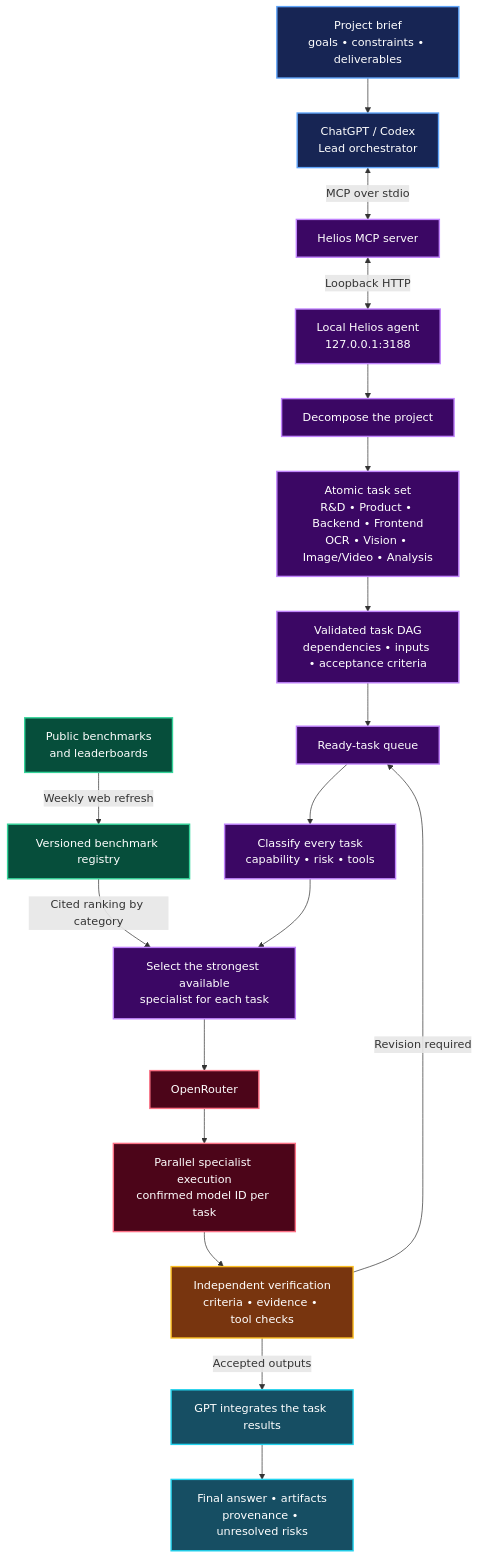
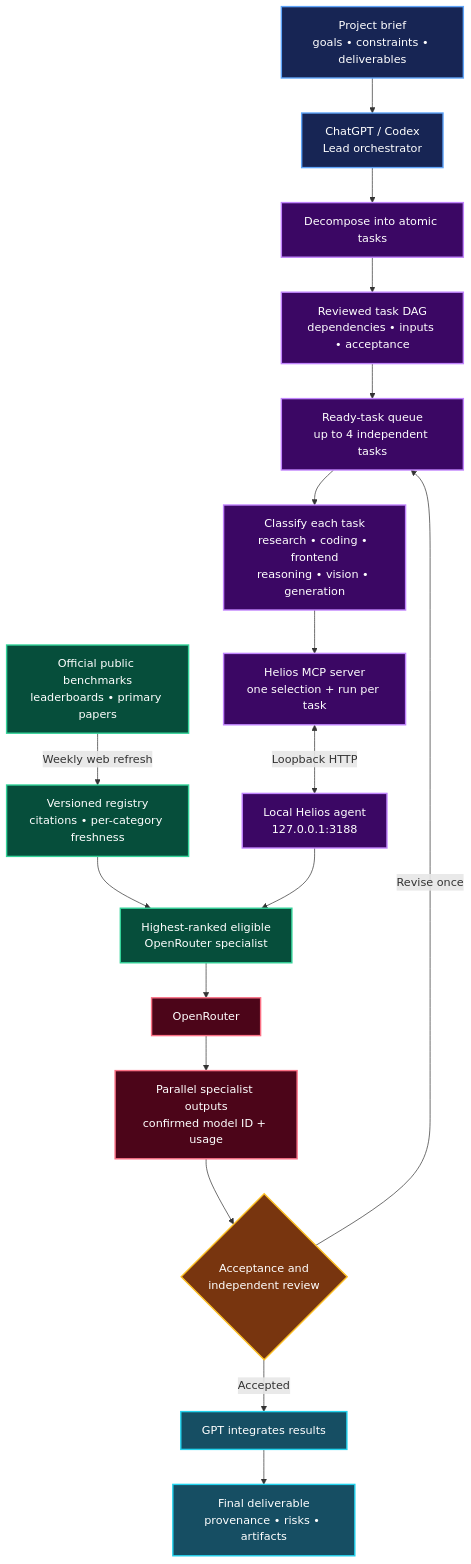
The diagram in README.md (Erfouni/helios-llm-orchestrator), drawn with Mermaid before and after one commit. The commit also changed other lines of this file and 32 other files, not shown here.

````diff
--- a/README.md
+++ b/README.md
@@ -29,37 +23,36 @@
 ```mermaid
 flowchart TB
     U["Project brief<br/>goals • constraints • deliverables"] --> O["ChatGPT / Codex<br/>Lead orchestrator"]
-    O <-->|"MCP over stdio"| M["Helios MCP server"]
+    O --> P["Decompose into atomic tasks"]
+    P --> D["Reviewed task DAG<br/>dependencies • inputs • acceptance"]
+    D --> Q["Ready-task queue<br/>up to 4 independent tasks"]
+
+    Q --> C["Classify each task<br/>research • coding • frontend<br/>reasoning • vision • generation"]
+    C --> M["Helios MCP server<br/>one selection + run per task"]
     M <-->|"Loopback HTTP"| A["Local Helios agent<br/>127.0.0.1:3188"]
 
-    A --> P["Decompose the project"]
-    P --> T["Atomic task set<br/>R&D • Product • Backend • Frontend<br/>OCR • Vision • Image/Video • Analysis"]
-    T --> D["Validated task DAG<br/>dependencies • inputs • acceptance criteria"]
-    D --> Q["Ready-task queue"]
-    Q --> C["Classify every task<br/>capability • risk • tools"]
-
-    W["Public benchmarks<br/>and leaderboards"] -->|"Weekly web refresh"| B["Versioned benchmark registry"]
-    B -->|"Cited ranking by category"| R["Select the strongest available<br/>specialist for each task"]
-    C --> R
+    W["Official public benchmarks<br/>leaderboards • primary papers"] -->|"Weekly web refresh"| B["Versioned registry<br/>citations • per-category freshness"]
+    B --> R["Highest-ranked eligible<br/>OpenRouter specialist"]
+    A --> R
 
     R --> G["OpenRouter"]
-    G --> E["Parallel specialist execution<br/>confirmed model ID per task"]
-    E --> V["Independent verification<br/>criteria • evidence • tool checks"]
-    V -->|"Revision required"| Q
-    V -->|"Accepted outputs"| I["GPT integrates the task results"]
-    I --> F["Final answer • artifacts<br/>provenance • unresolved risks"]
+    G --> E["Parallel specialist outputs<br/>confirmed model ID + usage"]
+    E --> V{"Acceptance and<br/>independent review"}
+    V -->|"Revise once"| Q
+    V -->|"Accepted"| I["GPT integrates results"]
+    I --> F["Final deliverable<br/>provenance • risks • artifacts"]
 
     classDef client fill:#172554,stroke:#60a5fa,color:#ffffff,stroke-width:2px;
     classDef planning fill:#3b0764,stroke:#c084fc,color:#ffffff,stroke-width:2px;
     classDef evidence fill:#064e3b,stroke:#34d399,color:#ffffff,stroke-width:2px;
     classDef execution fill:#4c0519,stroke:#fb7185,color:#ffffff,stroke-width:2px;
     classDef review fill:#78350f,stroke:#fbbf24,color:#ffffff,stroke-width:2px;
     classDef result fill:#164e63,stroke:#22d3ee,color:#ffffff,stroke-width:2px;
 
     class U,O client;
-    class M,A,P,T,D,Q,C,R planning;
-    class W,B evidence;
+    class P,D,Q,C,M,A planning;
+    class W,B,R evidence;
     class G,E execution;
     class V review;
     class I,F result;
 ```
````
